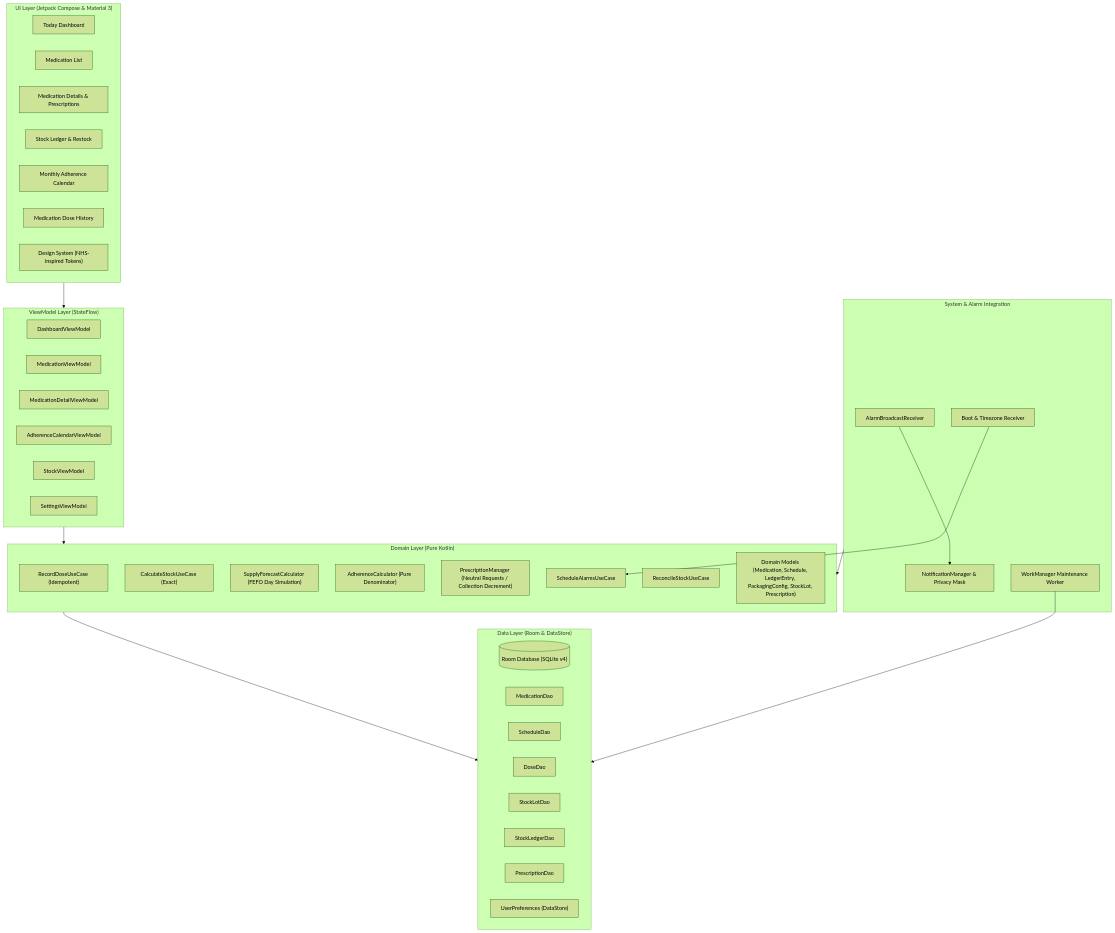
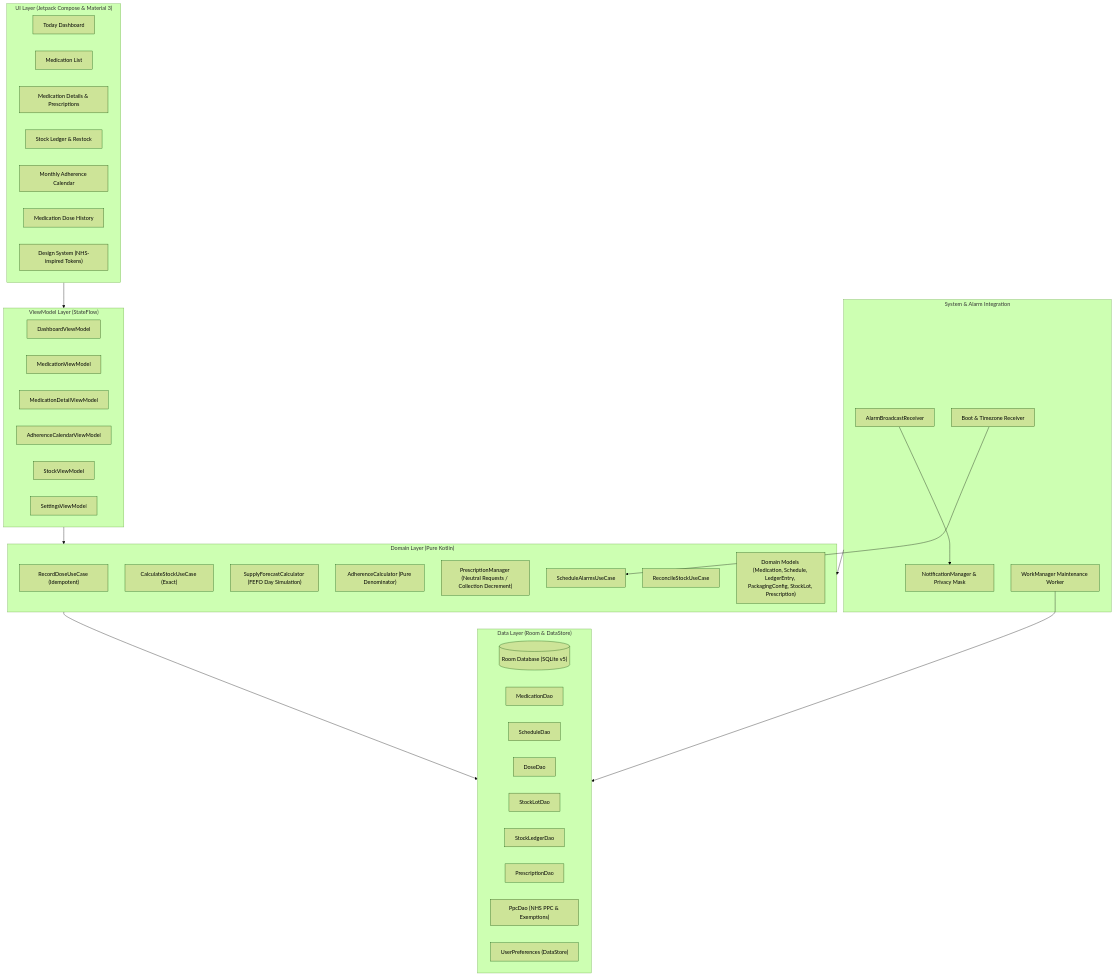
Before and after one commit to nev3rfind/nuvilo: the first of 2 diagrams in ARCHITECTURE.md, drawn with Mermaid (forest theme). The commit also changed 23 other files, not shown here.

````diff
--- a/ARCHITECTURE.md
+++ b/ARCHITECTURE.md
@@ -18,58 +18,59 @@
 ```mermaid
 flowchart TD
     subgraph UI_Layer ["UI Layer (Jetpack Compose & Material 3)"]
         DashboardScreen["Today Dashboard"]
         MedicationListScreen["Medication List"]
         MedicationDetailScreen["Medication Details & Prescriptions"]
         StockScreen["Stock Ledger & Restock"]
         AdherenceCalendarScreen["Monthly Adherence Calendar"]
         MedicationDoseHistoryScreen["Medication Dose History"]
         DesignSystem["Design System (NHS-inspired Tokens)"]
     end
 
     subgraph ViewModel_Layer ["ViewModel Layer (StateFlow)"]
         DashboardVM["DashboardViewModel"]
         MedicationVM["MedicationViewModel"]
         MedicationDetailVM["MedicationDetailViewModel"]
         AdherenceCalendarVM["AdherenceCalendarViewModel"]
         StockVM["StockViewModel"]
         SettingsVM["SettingsViewModel"]
     end
 
     subgraph Domain_Layer ["Domain Layer (Pure Kotlin)"]
         RecordDoseUseCase["RecordDoseUseCase (Idempotent)"]
         CalculateStockUseCase["CalculateStockUseCase (Exact)"]
         SupplyForecastCalculator["SupplyForecastCalculator (FEFO Day Simulation)"]
         AdherenceCalculator["AdherenceCalculator (Pure Denominator)"]
         PrescriptionManager["PrescriptionManager (Neutral Requests / Collection Decrement)"]
         ScheduleAlarmsUseCase["ScheduleAlarmsUseCase"]
         ReconcileStockUseCase["ReconcileStockUseCase"]
         Models["Domain Models (Medication, Schedule, LedgerEntry, PackagingConfig, StockLot, Prescription)"]
     end
 
     subgraph Data_Layer ["Data Layer (Room & DataStore)"]
-        NoveloDatabase[("Room Database (SQLite v4)")]
+        NoveloDatabase[("Room Database (SQLite v5)")]
         MedicationDao["MedicationDao"]
         ScheduleDao["ScheduleDao"]
         DoseEventDao["DoseDao"]
         StockLotDao["StockLotDao"]
         StockLedgerDao["StockLedgerDao"]
         PrescriptionDao["PrescriptionDao"]
+        PpcDao["PpcDao (NHS PPC & Exemptions)"]
         UserPreferences["UserPreferences (DataStore)"]
     end
 
     subgraph System_Layer ["System & Alarm Integration"]
         AlarmReceiver["AlarmBroadcastReceiver"]
         NotificationMgr["NotificationManager & Privacy Mask"]
         BootReceiver["Boot & Timezone Receiver"]
         MaintenanceWorker["WorkManager Maintenance Worker"]
     end
 
     UI_Layer --> ViewModel_Layer
     ViewModel_Layer --> Domain_Layer
     Domain_Layer --> Data_Layer
     System_Layer --> Domain_Layer
     AlarmReceiver --> NotificationMgr
     BootReceiver --> ScheduleAlarmsUseCase
     MaintenanceWorker --> Data_Layer
 ```
````
